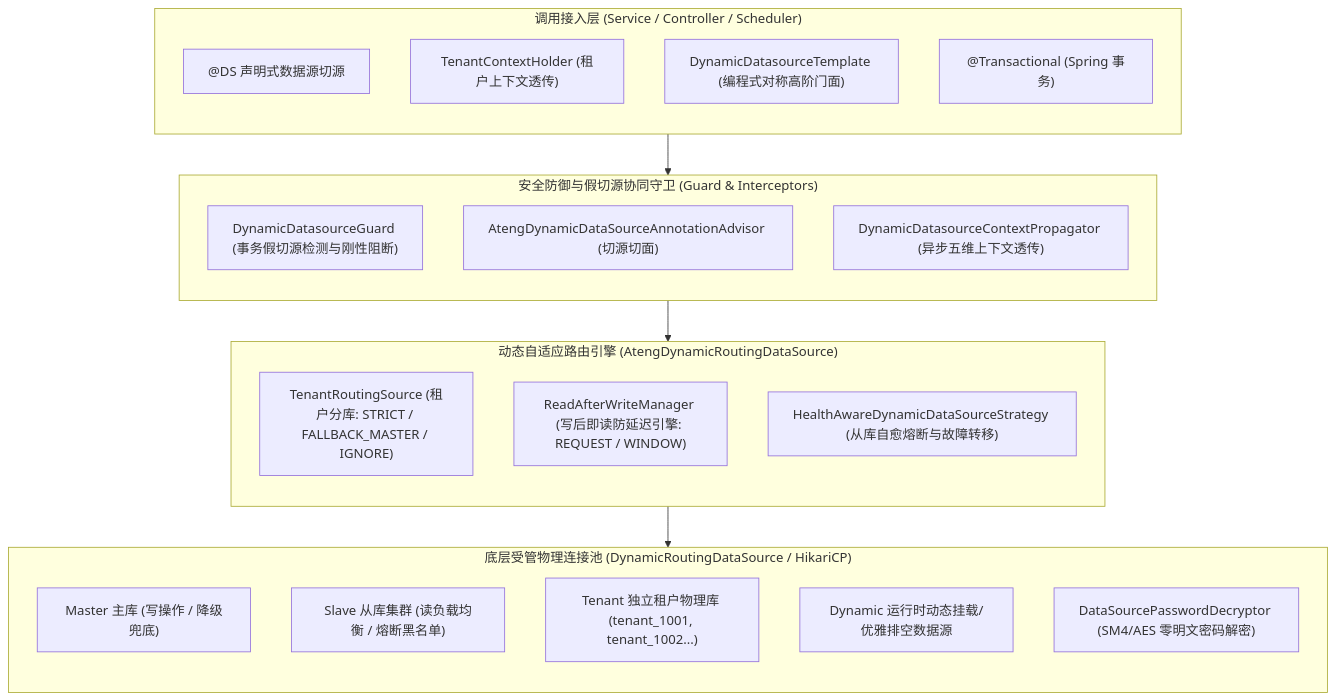
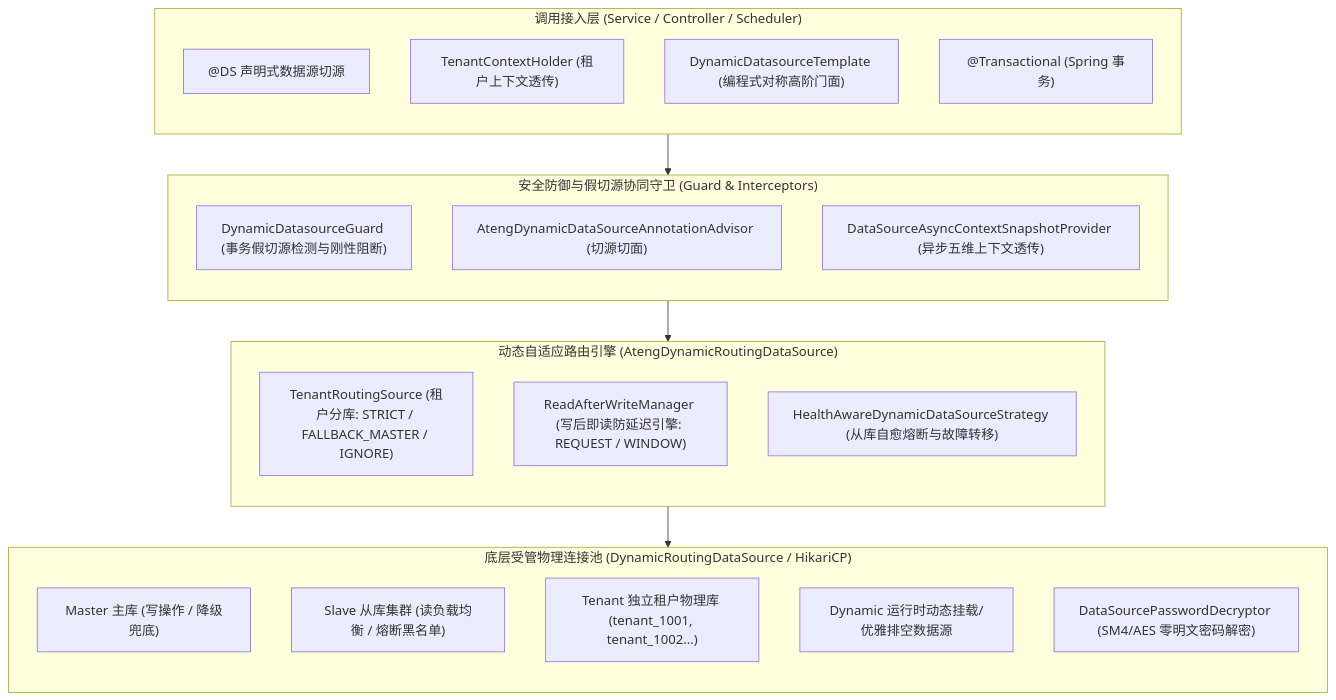
Before and after one commit to atengk/ateng-boot: the diagram in docs/adr/0049-dynamic-datasource-and-physical-multi-tenancy-architecture.md, drawn with Mermaid. The commit also changed other lines of this file and 28 other files, not shown here.

````diff
--- a/docs/adr/0049-dynamic-datasource-and-physical-multi-tenancy-architecture.md
+++ b/docs/adr/0049-dynamic-datasource-and-physical-multi-tenancy-architecture.md
@@ -26,37 +26,37 @@
 ```mermaid
 flowchart TD
     subgraph Client["调用接入层 (Service / Controller / Scheduler)"]
         direction TB
         ANNOTATION_DS["@DS 声明式数据源切源"]
         TENANT_CONTEXT["TenantContextHolder (租户上下文透传)"]
         TEMPLATE["DynamicDatasourceTemplate (编程式对称高阶门面)"]
         TX_ANNOTATION["@Transactional (Spring 事务)"]
     end
 
     subgraph GuardLayer["安全防御与假切源协同守卫 (Guard & Interceptors)"]
         direction TB
         GUARD["DynamicDatasourceGuard (事务假切源检测与刚性阻断)"]
         ADVISOR["AtengDynamicDataSourceAnnotationAdvisor (切源切面)"]
-        ASYNC_PROPAGATOR["DynamicDatasourceContextPropagator (异步五维上下文透传)"]
+        ASYNC_PROPAGATOR["DataSourceAsyncContextSnapshotProvider (异步五维上下文透传)"]
     end
 
     subgraph RoutingEngine["动态自适应路由引擎 (AtengDynamicRoutingDataSource)"]
         direction TB
         TENANT_ROUTER["TenantRoutingSource (租户分库: STRICT / FALLBACK_MASTER / IGNORE)"]
         READ_WRITE_MGR["ReadAfterWriteManager (写后即读防延迟引擎: REQUEST / WINDOW)"]
         FAILOVER_STRATEGY["HealthAwareDynamicDataSourceStrategy (从库自愈熔断与故障转移)"]
     end
 
     subgraph PhysicalPools["底层受管物理连接池 (DynamicRoutingDataSource / HikariCP)"]
         direction TB
         MASTER_DB["Master 主库 (写操作 / 降级兜底)"]
         SLAVE_DBS["Slave 从库集群 (读负载均衡 / 熔断黑名单)"]
         TENANT_DBS["Tenant 独立租户物理库 (tenant_1001, tenant_1002...)"]
         DYNAMIC_DBS["Dynamic 运行时动态挂载/优雅排空数据源"]
         DECRYPTOR["DataSourcePasswordDecryptor (SM4/AES 零明文密码解密)"]
     end
 
     Client --> GuardLayer
     GuardLayer --> RoutingEngine
     RoutingEngine --> PhysicalPools
 ```
````
